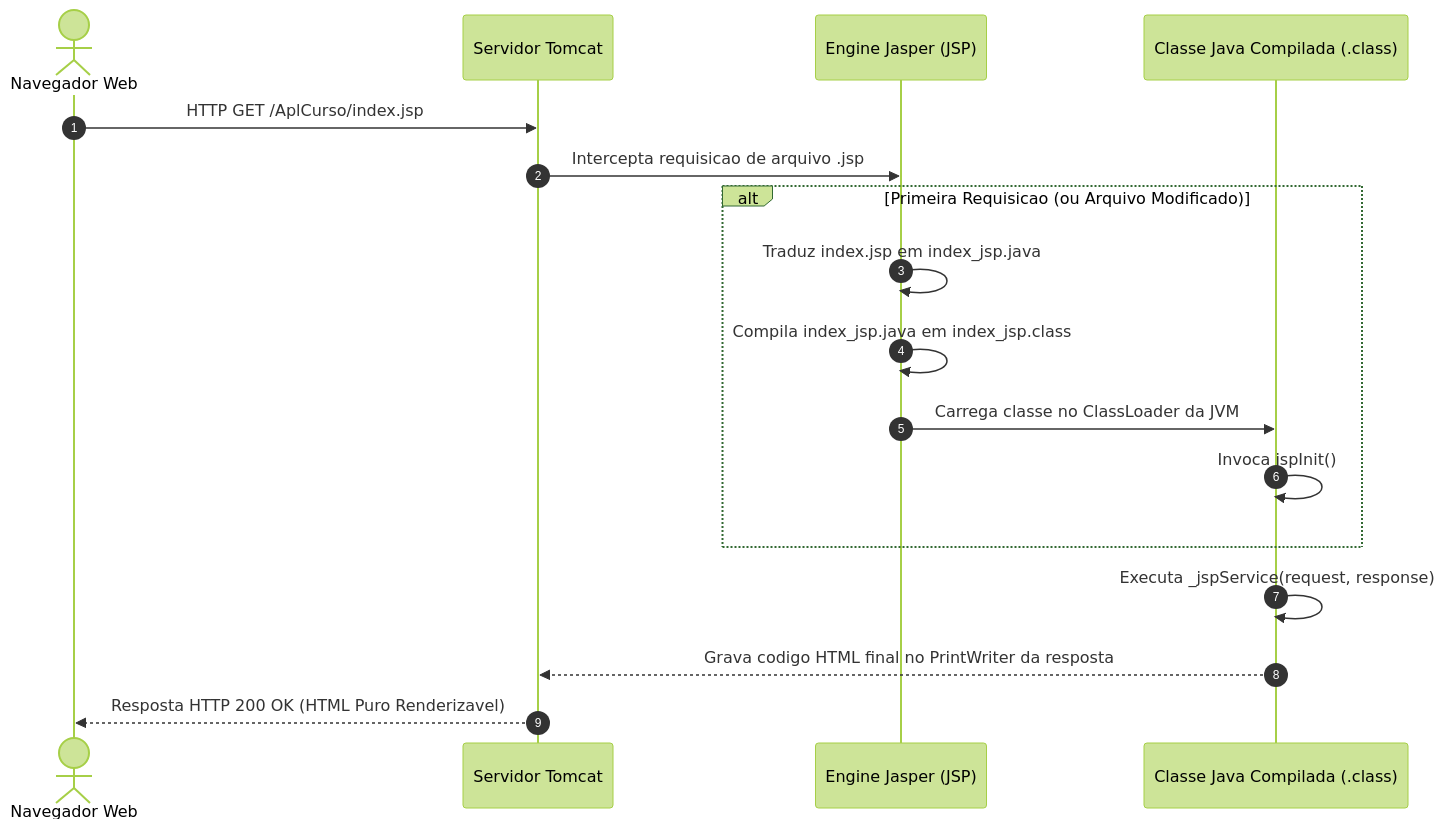
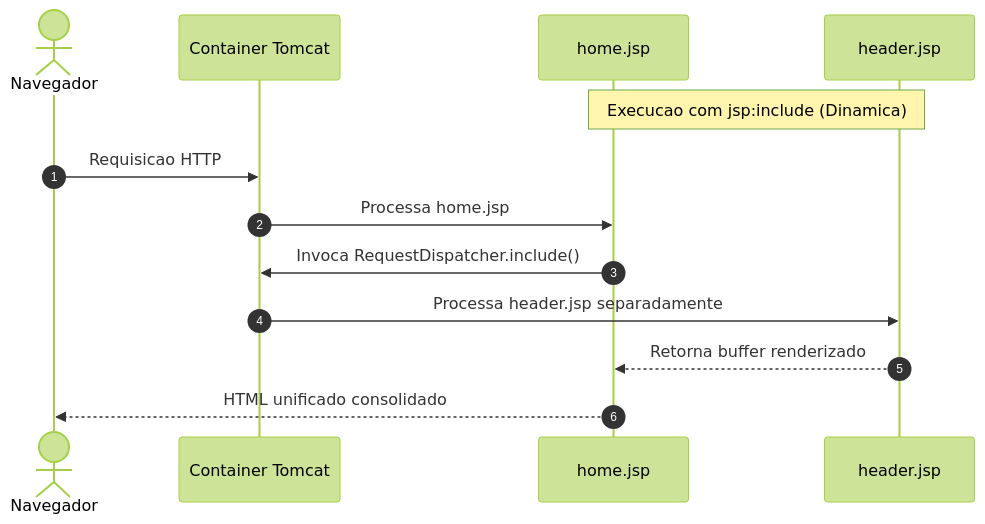
The sixth of 18 diagrams in 3º Semestre/[Prof. Jefferson Passerini] Laboratório de Programação III/Resumos-IA/Simulados-Comentados.md (murilolol/unifef), drawn with Mermaid (forest theme) before and after one commit. The commit also changed other lines of this file and 40 other files, not shown here.

````diff
--- a/3º Semestre/[Prof. Jefferson Passerini] Laboratório de Programação III/Resumos-IA/Simulados-Comentados.md
+++ b/3º Semestre/[Prof. Jefferson Passerini] Laboratório de Programação III/Resumos-IA/Simulados-Comentados.md
@@ -686,20 +256,16 @@
 ```mermaid
 sequenceDiagram
     autonumber
-    actor Cliente as Navegador Web
-    participant Tomcat as Servidor Tomcat
-    participant Jasper as Engine Jasper (JSP)
-    participant ServletJSP as Classe Java Compilada (.class)
+    actor Nav as Navegador
+    participant Tomcat as Container Tomcat
+    participant Pai as home.jsp
+    participant Filho as header.jsp
 
-    Cliente->>Tomcat: HTTP GET /AplCurso/index.jsp
-    Tomcat->>Jasper: Intercepta requisicao de arquivo .jsp
-    alt Primeira Requisicao (ou Arquivo Modificado)
-        Jasper->>Jasper: Traduz index.jsp em index_jsp.java
-        Jasper->>Jasper: Compila index_jsp.java em index_jsp.class
-        Jasper->>ServletJSP: Carrega classe no ClassLoader da JVM
-        ServletJSP->>ServletJSP: Invoca jspInit()
-    end
-    ServletJSP->>ServletJSP: Executa _jspService(request, response)
-    ServletJSP-->>Tomcat: Grava codigo HTML final no PrintWriter da resposta
-    Tomcat-->>Cliente: Resposta HTTP 200 OK (HTML Puro Renderizavel)
+    Note over Pai,Filho: Execucao com jsp:include (Dinamica)
+    Nav->>Tomcat: Requisicao HTTP
+    Tomcat->>Pai: Processa home.jsp
+    Pai->>Tomcat: Invoca RequestDispatcher.include()
+    Tomcat->>Filho: Processa header.jsp separadamente
+    Filho-->>Pai: Retorna buffer renderizado
+    Pai-->>Nav: HTML unificado consolidado
 ```
````
